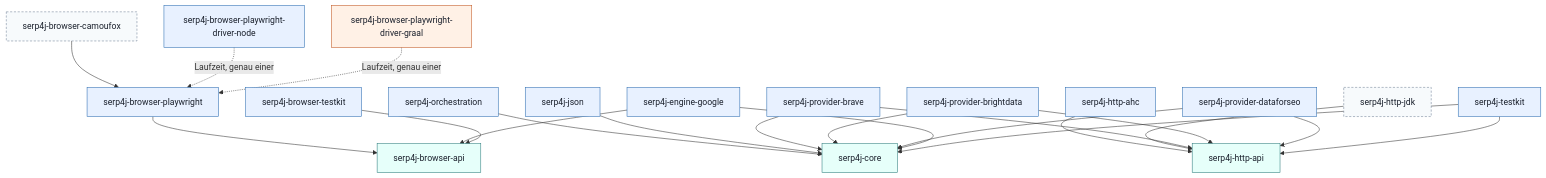
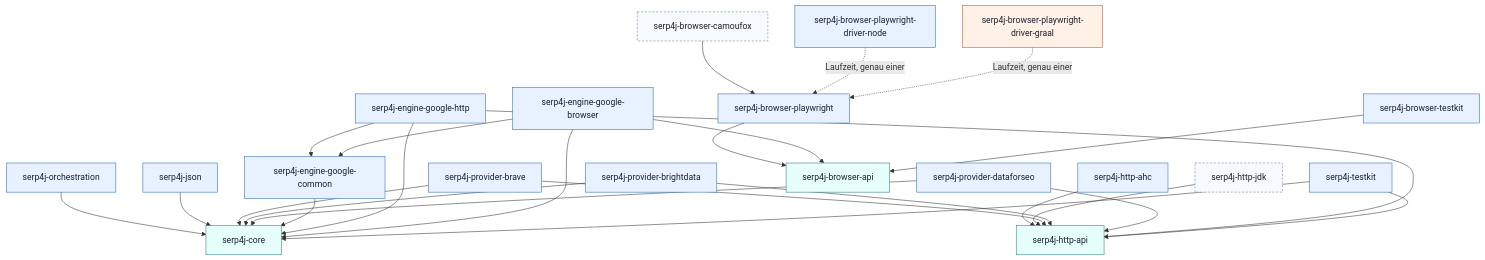
Before and after one commit to aresstack/Serp4J: the diagram in docs/architecture/architecture.md, drawn with Mermaid. The commit also changed other lines of this file and 18 other files, not shown here.

First line of the commit message:
docs(architecture): Review-Nachbesserungen A–C und Entscheidungen E-1 bis E-8 einarbeiten

````diff
--- a/docs/architecture/architecture.md
+++ b/docs/architecture/architecture.md
@@ -146,40 +157,44 @@
 ```mermaid
 graph TD
     classDef port fill:#e6fffa,stroke:#2c7a7b,color:#1a202c
     classDef j8 fill:#e8f1ff,stroke:#2b6cb0,color:#1a202c
     classDef j21 fill:#fff1e6,stroke:#c05621,color:#1a202c
     classDef later fill:#f7fafc,stroke:#718096,color:#1a202c,stroke-dasharray: 4 3
 
     core[serp4j-core]:::port
     orch[serp4j-orchestration]:::j8
     json[serp4j-json]:::j8
     httpapi[serp4j-http-api]:::port
     ahc[serp4j-http-ahc]:::j8
     jdk[serp4j-http-jdk]:::later
     brave[serp4j-provider-brave]:::j8
     bright[serp4j-provider-brightdata]:::j8
     d4s[serp4j-provider-dataforseo]:::j8
     bapi[serp4j-browser-api]:::port
     pw[serp4j-browser-playwright]:::j8
     dnode[serp4j-browser-playwright-driver-node]:::j8
     dgraal[serp4j-browser-playwright-driver-graal]:::j21
     camou[serp4j-browser-camoufox]:::later
-    google[serp4j-engine-google]:::j8
+    gcommon[serp4j-engine-google-common]:::j8
+    ghttp[serp4j-engine-google-http]:::j8
+    gbrowser[serp4j-engine-google-browser]:::j8
     tk[serp4j-testkit]:::j8
     btk[serp4j-browser-testkit]:::j8
 
     orch --> core
     json --> core
     ahc --> httpapi
     jdk --> httpapi
     brave --> core & httpapi
     bright --> core & httpapi
     d4s --> core & httpapi
     pw --> bapi
     camou --> pw
-    google --> core & bapi
+    gcommon --> core
+    ghttp --> core & httpapi & gcommon
+    gbrowser --> core & bapi & gcommon
     tk --> core & httpapi
     btk --> bapi
     dnode -. "Laufzeit, genau einer" .-> pw
     dgraal -. "Laufzeit, genau einer" .-> pw
 ```
````
